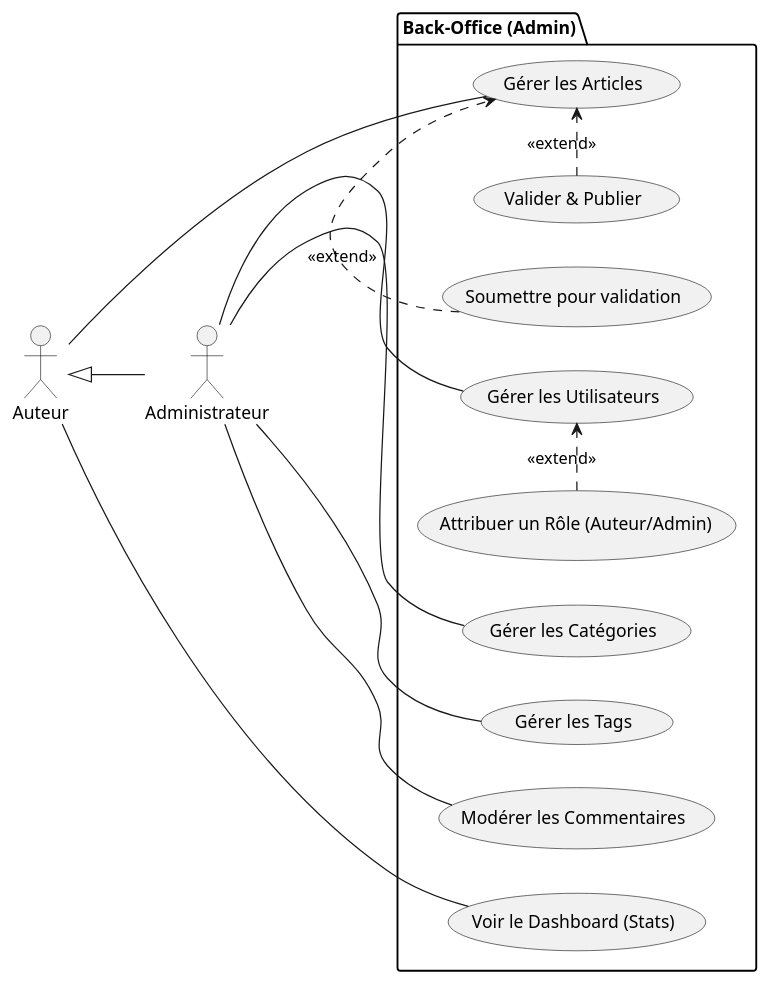
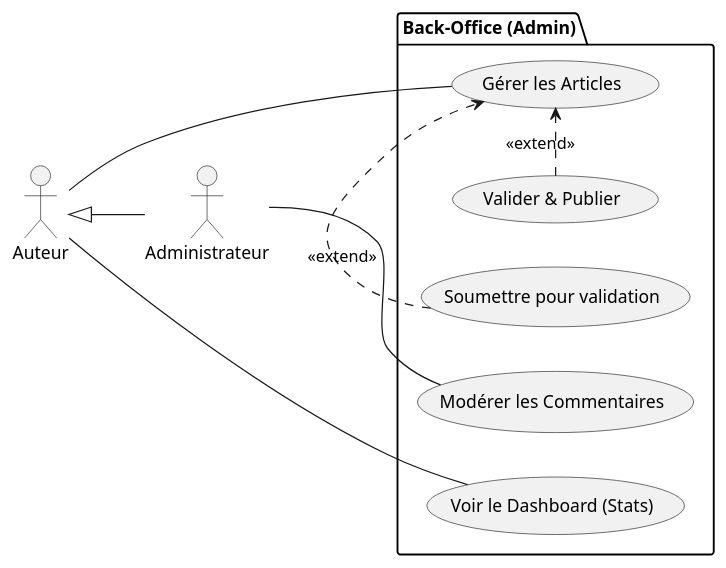
Before and after one commit to labs-web/mvp-blog-2026: the diagram in 02_analyse/mvp/uc-mvp-admin.puml, drawn with PlantUML. The commit also changed 11 other files, not shown here.

Commit message:
feat: Introduce detailed sprint planning, use case diagrams for admin, auth, and comments, and update README.

```diff
--- a/02_analyse/mvp/uc-mvp-admin.puml
+++ b/02_analyse/mvp/uc-mvp-admin.puml
@@ -1,41 +1,31 @@
 @startuml
 left to right direction
 actor "Auteur" as Author
 actor "Administrateur" as Admin
 
 Author <|-- Admin
 
 package "Back-Office (Admin)" {
   ' --- 1. Espace Commun ---
   usecase "Voir le Dashboard (Stats)" as UC_Dashboard
 
   ' --- 2. Gestion Content ---
   usecase "Gérer les Articles" as UC_CRUD
   usecase "Soumettre pour validation" as UC_Submit
   usecase "Valider & Publier" as UC_Publish
 
   ' --- 3. Gestion Admin ---
-  usecase "Gérer les Catégories" as UC_Cats
-  usecase "Gérer les Tags" as UC_Tags
-  usecase "Gérer les Utilisateurs" as UC_Users
-  usecase "Attribuer un Rôle (Auteur/Admin)" as UC_Roles
   usecase "Modérer les Commentaires" as UC_Moderate
 }
 
 ' Relations Auteur
 Author -- UC_Dashboard
 Author -- UC_CRUD
 
 ' Extensions Gérer Articles
 UC_Submit .> UC_CRUD : <<extend>>
 UC_Publish .> UC_CRUD : <<extend>>
 
 ' Relations Admin
-Admin -- UC_Cats
-Admin -- UC_Tags
-Admin -- UC_Users
 Admin -- UC_Moderate
-
-UC_Roles .> UC_Users : <<extend>>
-
 @enduml
```
